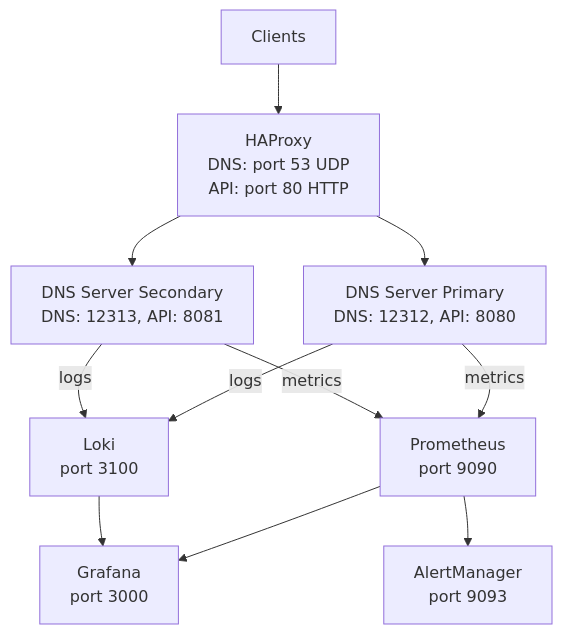
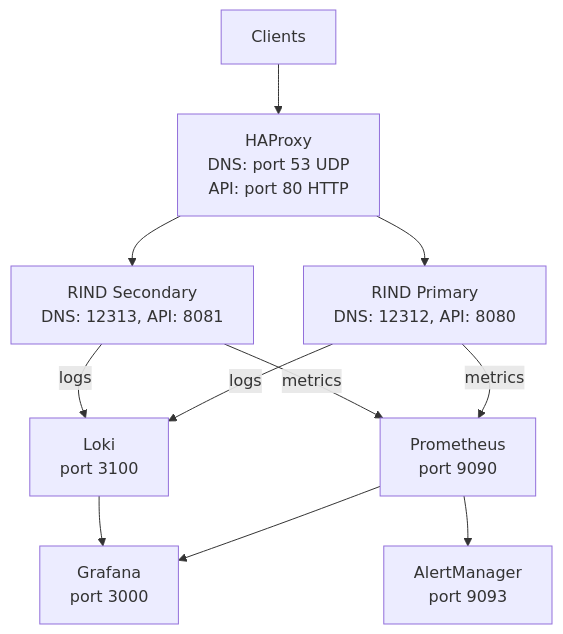
The second of 2 diagrams in README.md (Danton11/RIND), drawn with Mermaid before and after one commit. The commit also changed other lines of this file, not shown here.

Commit message:
lead readme with rind, add internals diagram, update persistence note for lmdb

````diff
--- a/README.md
+++ b/README.md
@@ -7,22 +28,22 @@
 ```mermaid
 graph TD
     Client[Clients]
     HAProxy[HAProxy<br/>DNS: port 53 UDP<br/>API: port 80 HTTP]
-    Primary[DNS Server Primary<br/>DNS: 12312, API: 8080]
-    Secondary[DNS Server Secondary<br/>DNS: 12313, API: 8081]
+    Primary[RIND Primary<br/>DNS: 12312, API: 8080]
+    Secondary[RIND Secondary<br/>DNS: 12313, API: 8081]
     Prometheus[Prometheus<br/>port 9090]
     Grafana[Grafana<br/>port 3000]
     Loki[Loki<br/>port 3100]
     AlertManager[AlertManager<br/>port 9093]
 
     Client --> HAProxy
     HAProxy --> Primary
     HAProxy --> Secondary
     Primary -->|metrics| Prometheus
     Secondary -->|metrics| Prometheus
     Primary -->|logs| Loki
     Secondary -->|logs| Loki
     Prometheus --> Grafana
     Loki --> Grafana
     Prometheus --> AlertManager
 ```
````
